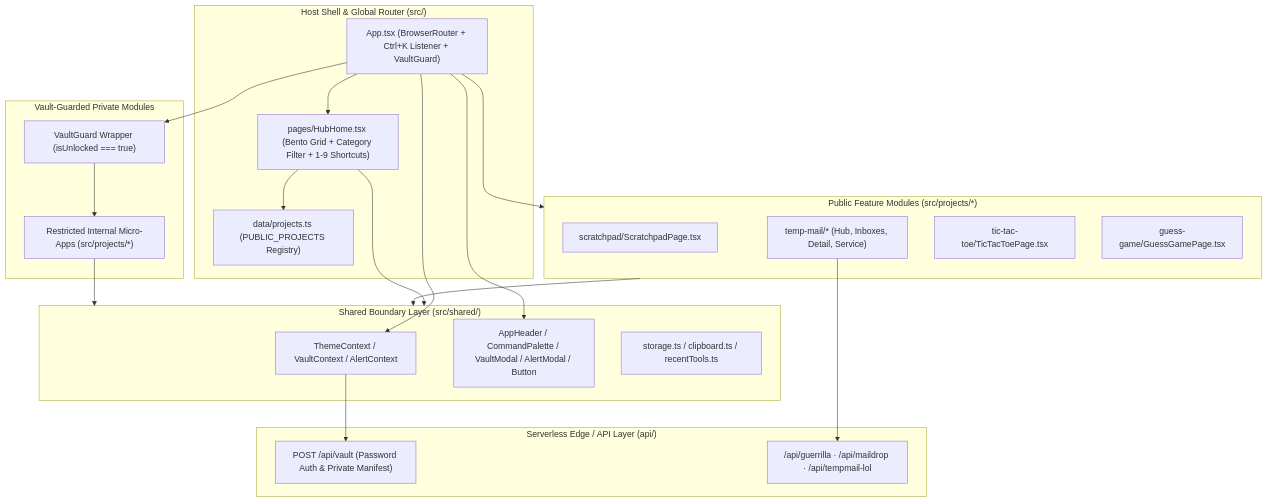
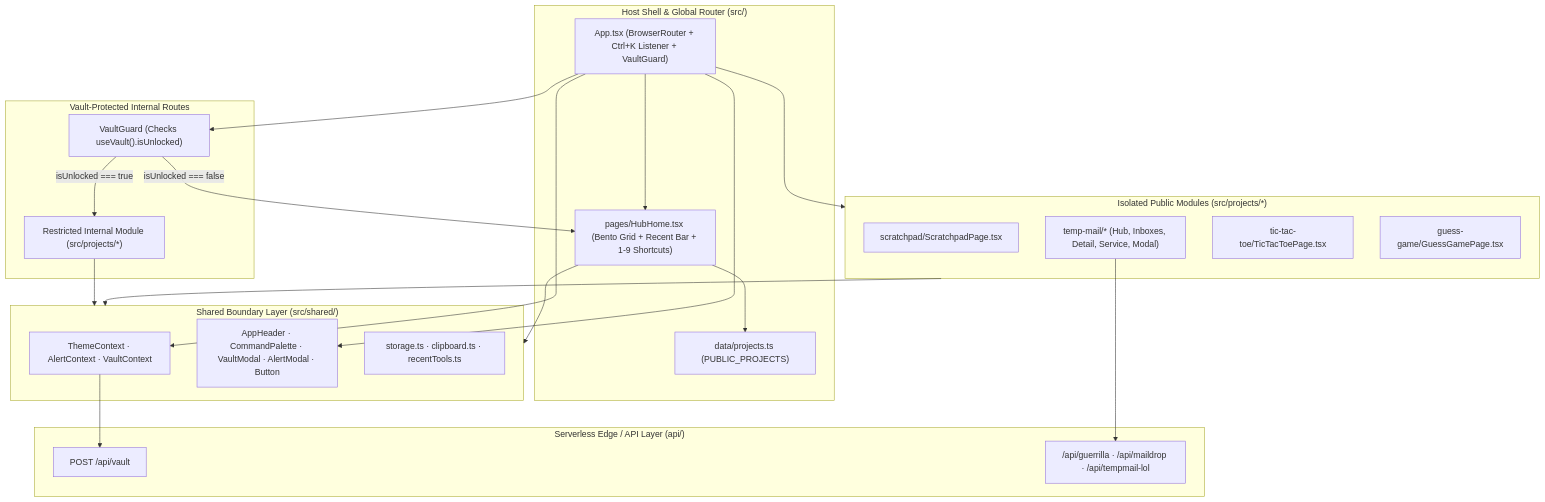
The diagram in docs/ARCHITECTURE.md (ANAS-2004-Cu/ANOUS-SPACE), drawn with Mermaid before and after one commit. The commit also changed other lines of this file and 7 other files, not shown here.

````diff
--- a/docs/ARCHITECTURE.md
+++ b/docs/ARCHITECTURE.md
@@ -13,44 +13,45 @@
 ```mermaid
 flowchart TD
   subgraph Shell["Host Shell & Global Router (src/)"]
     App["App.tsx (BrowserRouter + Ctrl+K Listener + VaultGuard)"]
-    Hub["pages/HubHome.tsx (Bento Grid + Category Filter + 1-9 Shortcuts)"]
-    Registry["data/projects.ts (PUBLIC_PROJECTS Registry)"]
+    Hub["pages/HubHome.tsx (Bento Grid + Recent Bar + 1-9 Shortcuts)"]
+    Registry["data/projects.ts (PUBLIC_PROJECTS)"]
   end
 
   subgraph Shared["Shared Boundary Layer (src/shared/)"]
-    Contexts["ThemeContext / VaultContext / AlertContext"]
-    UI["AppHeader / CommandPalette / VaultModal / AlertModal / Button"]
-    Utils["storage.ts / clipboard.ts / recentTools.ts"]
+    Contexts["ThemeContext · AlertContext · VaultContext"]
+    UI["AppHeader · CommandPalette · VaultModal · AlertModal · Button"]
+    Utils["storage.ts · clipboard.ts · recentTools.ts"]
   end
 
-  subgraph PublicModules["Public Feature Modules (src/projects/*)"]
+  subgraph PublicModules["Isolated Public Modules (src/projects/*)"]
     Scratchpad["scratchpad/ScratchpadPage.tsx"]
-    TempMail["temp-mail/* (Hub, Inboxes, Detail, Service)"]
+    TempMail["temp-mail/* (Hub, Inboxes, Detail, Service, Modal)"]
     TicTacToe["tic-tac-toe/TicTacToePage.tsx"]
     GuessGame["guess-game/GuessGamePage.tsx"]
   end
 
-  subgraph GuardedModules["Vault-Guarded Private Modules"]
-    PrivateRoute["VaultGuard Wrapper (isUnlocked === true)"]
-    PrivateApp["Restricted Internal Micro-Apps (src/projects/*)"]
+  subgraph GuardedRoutes["Vault-Protected Internal Routes"]
+    Guard["VaultGuard (Checks useVault().isUnlocked)"]
+    PrivateModule["Restricted Internal Module (src/projects/*)"]
   end
 
   subgraph Serverless["Serverless Edge / API Layer (api/)"]
-    VaultAPI["POST /api/vault (Password Auth & Private Manifest)"]
-    MailProxies["/api/guerrilla · /api/maildrop · /api/tempmail-lol"]
+    VaultAPI["POST /api/vault"]
+    Proxies["/api/guerrilla · /api/maildrop · /api/tempmail-lol"]
   end
 
   App --> Contexts
   App --> UI
   App --> Hub
   App --> PublicModules
-  App --> PrivateRoute
-  PrivateRoute --> PrivateApp
+  App --> Guard
+  Guard -->|"isUnlocked === true"| PrivateModule
+  Guard -->|"isUnlocked === false"| Hub
   Hub --> Registry
   Hub --> Shared
   PublicModules --> Shared
-  PrivateApp --> Shared
+  PrivateModule --> Shared
   Contexts --> VaultAPI
-  TempMail --> MailProxies
+  TempMail --> Proxies
 ```
````
